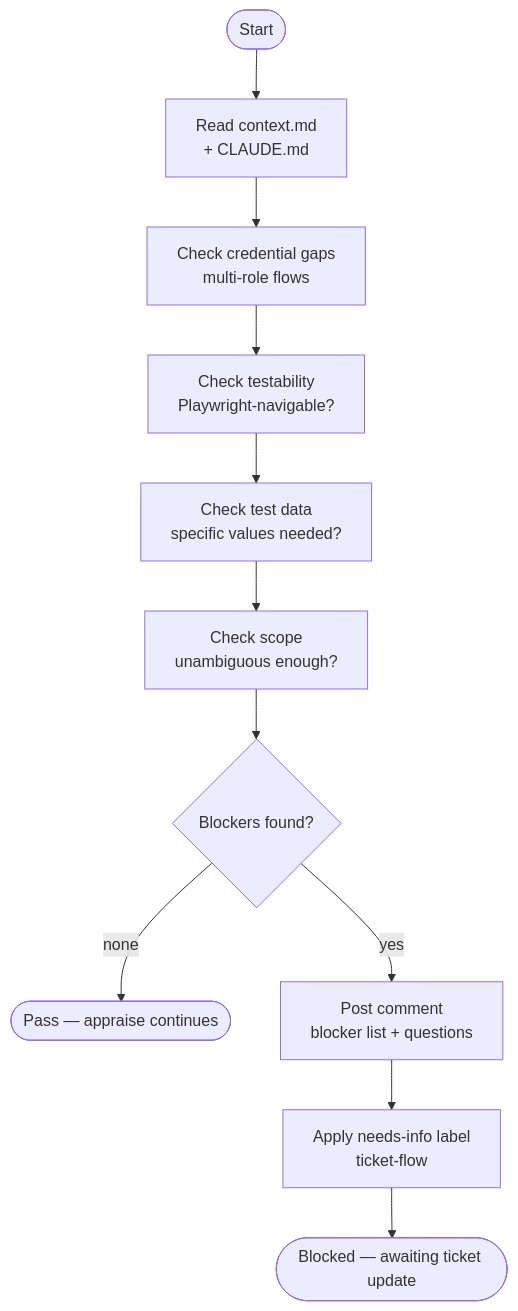
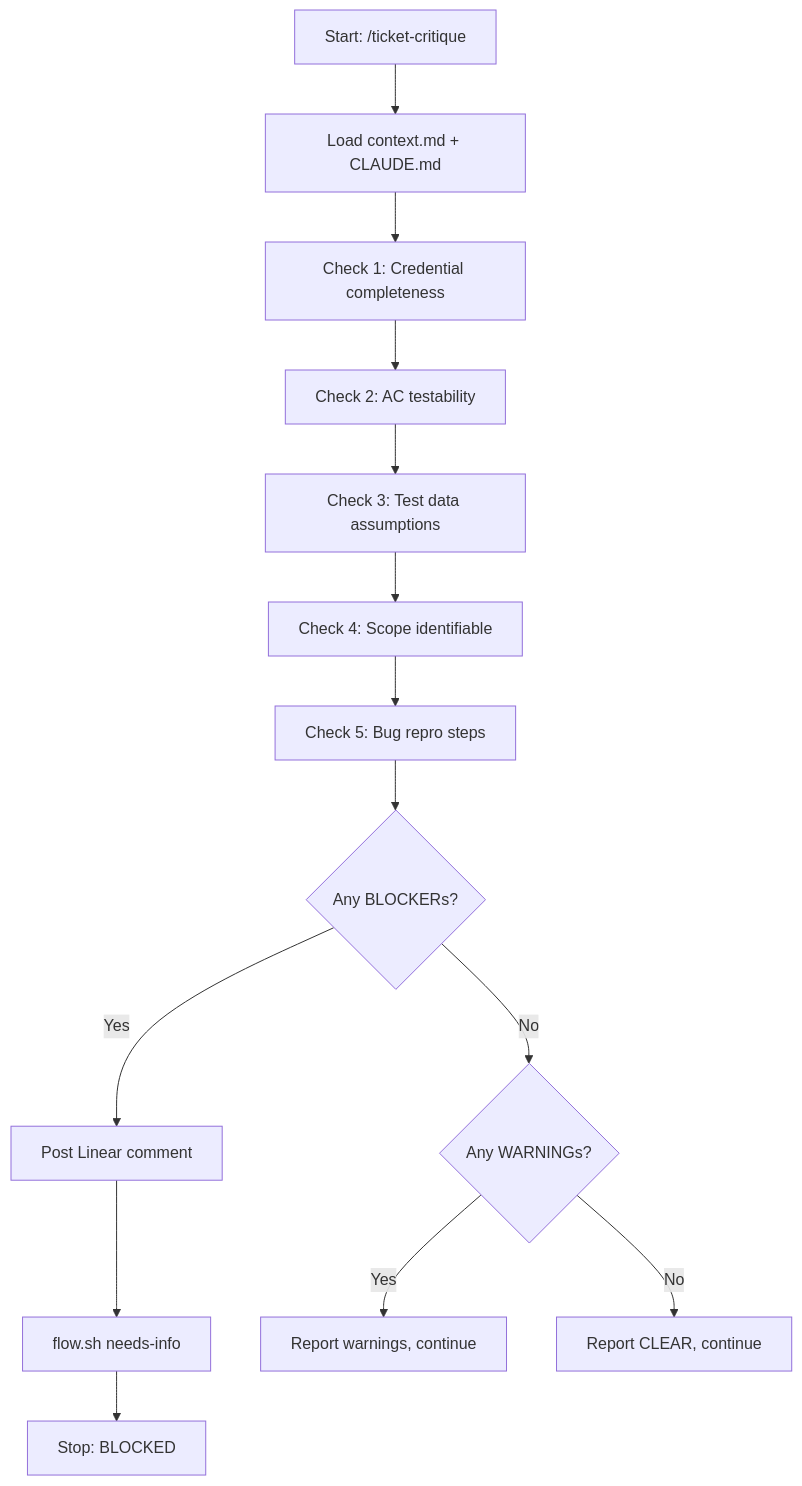
Before and after one commit to willard-pro/claude-plugins: the diagram in ticket-auto-pipeline/docs/skills/ticket-critique.md, drawn with Mermaid. The commit also changed other lines of this file and 39 other files, not shown here.

````diff
--- a/ticket-auto-pipeline/docs/skills/ticket-critique.md
+++ b/ticket-auto-pipeline/docs/skills/ticket-critique.md
@@ -33,13 +36,16 @@
 ```mermaid
 flowchart TD
-    A([Start]) --> B[Read context.md\n+ CLAUDE.md]
-    B --> C[Check credential gaps\nmulti-role flows]
-    C --> D[Check testability\nPlaywright-navigable?]
-    D --> E[Check test data\nspecific values needed?]
-    E --> F[Check scope\nunambiguous enough?]
-    F --> G{Blockers found?}
-    G -- none --> H([Pass — appraise continues])
-    G -- yes --> I[Post comment\nblocker list + questions]
-    I --> J[Apply needs-info label\nticket-flow]
-    J --> K([Blocked — awaiting ticket update])
+    A[Start: /ticket-critique] --> B[Load context.md + CLAUDE.md]
+    B --> C[Check 1: Credential completeness]
+    C --> D[Check 2: AC testability]
+    D --> E[Check 3: Test data assumptions]
+    E --> F[Check 4: Scope identifiable]
+    F --> G[Check 5: Bug repro steps]
+    G --> H{Any BLOCKERs?}
+    H -->|Yes| I[Post Linear comment]
+    I --> J[flow.sh needs-info]
+    J --> STOP1[Stop: BLOCKED]
+    H -->|No| K{Any WARNINGs?}
+    K -->|Yes| L[Report warnings, continue]
+    K -->|No| M[Report CLEAR, continue]
 ```
````
